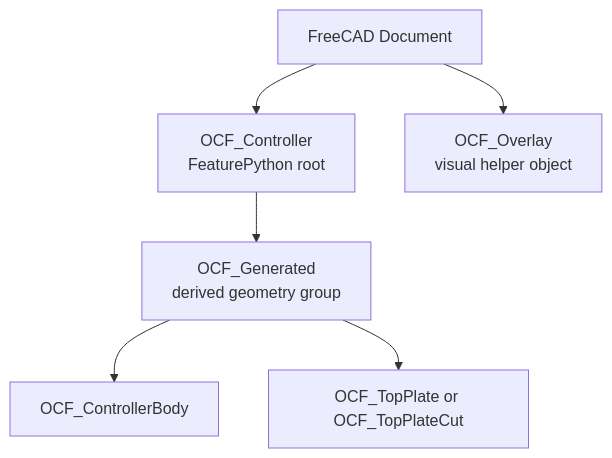
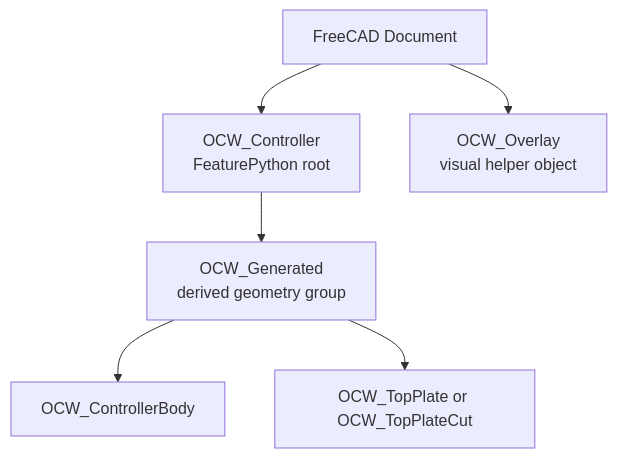
The second of 3 diagrams in docs/ARCHITECTURE_FREECAD_WORKBENCH.md (161sam/open-controller-workbench), drawn with Mermaid before and after one commit. The commit also changed other lines of this file and 451 other files, not shown here.

Commit message:
rename repo identity from open-controller-freecad/ocf to open-controller-workbench/ocw

````diff
--- a/docs/ARCHITECTURE_FREECAD_WORKBENCH.md
+++ b/docs/ARCHITECTURE_FREECAD_WORKBENCH.md
@@ -286,15 +286,15 @@
 ```mermaid
 flowchart TD
     DOC[FreeCAD Document]
-    CTRL[OCF_Controller<br/>FeaturePython root]
-    GEN[OCF_Generated<br/>derived geometry group]
-    BODY[OCF_ControllerBody]
-    TOP[OCF_TopPlate or OCF_TopPlateCut]
-    OVR[OCF_Overlay<br/>visual helper object]
+    CTRL[OCW_Controller<br/>FeaturePython root]
+    GEN[OCW_Generated<br/>derived geometry group]
+    BODY[OCW_ControllerBody]
+    TOP[OCW_TopPlate or OCW_TopPlateCut]
+    OVR[OCW_Overlay<br/>visual helper object]
 
     DOC --> CTRL
     CTRL --> GEN
     GEN --> BODY
     GEN --> TOP
     DOC --> OVR
 ```
````
